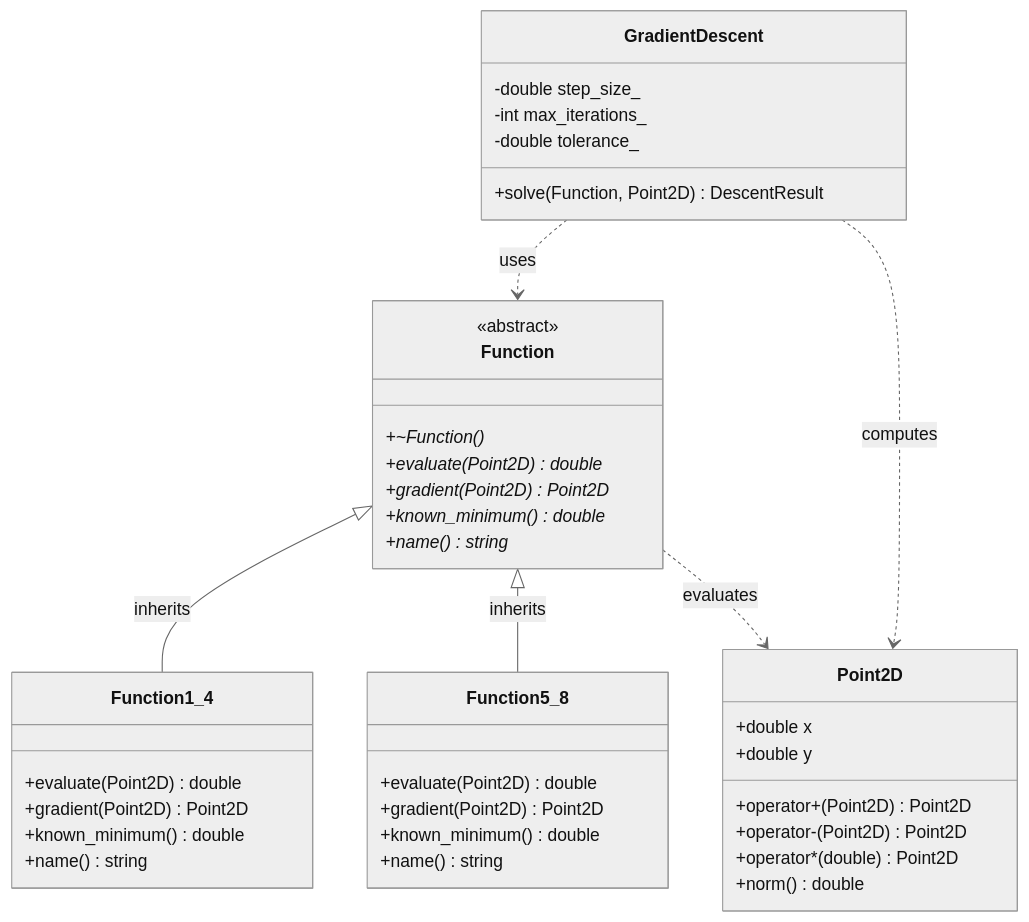
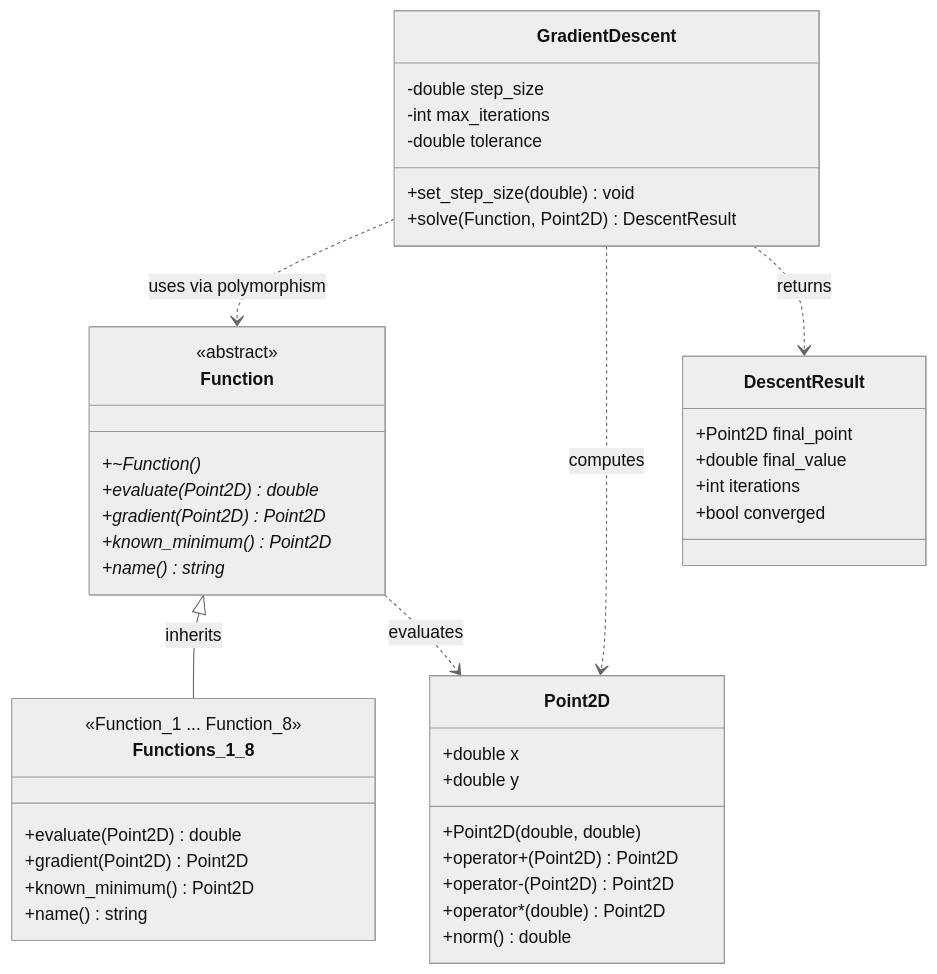
The diagram in README.md (FrancescoDuluta/SpadellataAllaNorma), drawn with Mermaid (neutral theme) before and after one commit. The commit also changed other lines of this file and 18 other files, not shown here.

````diff
--- a/README.md
+++ b/README.md
@@ -35,47 +54,50 @@
 ```mermaid
 classDiagram
     class Point2D {
         +double x
         +double y
+        +Point2D(double, double)
         +operator+(Point2D) Point2D
         +operator-(Point2D) Point2D
         +operator*(double) Point2D
         +norm() double
     }
 
     class Function {
         <<abstract>>
         +~Function()*
         +evaluate(Point2D)* double
         +gradient(Point2D)* Point2D
-        +known_minimum()* double
+        +known_minimum()* Point2D
         +name()* string
     }
 
+    class DescentResult {
+        +Point2D final_point
+        +double final_value
+        +int iterations
+        +bool converged
+    }
+
     class GradientDescent {
-        -double step_size_
-        -int max_iterations_
-        -double tolerance_
+        -double step_size
+        -int max_iterations
+        -double tolerance
+        +set_step_size(double) void
         +solve(Function, Point2D) DescentResult
     }
 
-    class Function1_4 {
+    class Functions_1_8 {
+        <<Function_1 ... Function_8>>
         +evaluate(Point2D) double
         +gradient(Point2D) Point2D
-        +known_minimum() double
+        +known_minimum() Point2D
         +name() string
     }
 
-    class Function5_8 {
-        +evaluate(Point2D) double
-        +gradient(Point2D) Point2D
-        +known_minimum() double
-        +name() string
-    }
-
-    Function <|-- Function1_4 : inherits
-    Function <|-- Function5_8 : inherits
-    GradientDescent ..> Function : uses
+    Function <|-- Functions_1_8 : inherits
+    GradientDescent ..> Function : uses via polymorphism
     GradientDescent ..> Point2D : computes
+    GradientDescent ..> DescentResult : returns
     Function ..> Point2D : evaluates
 ```
````
